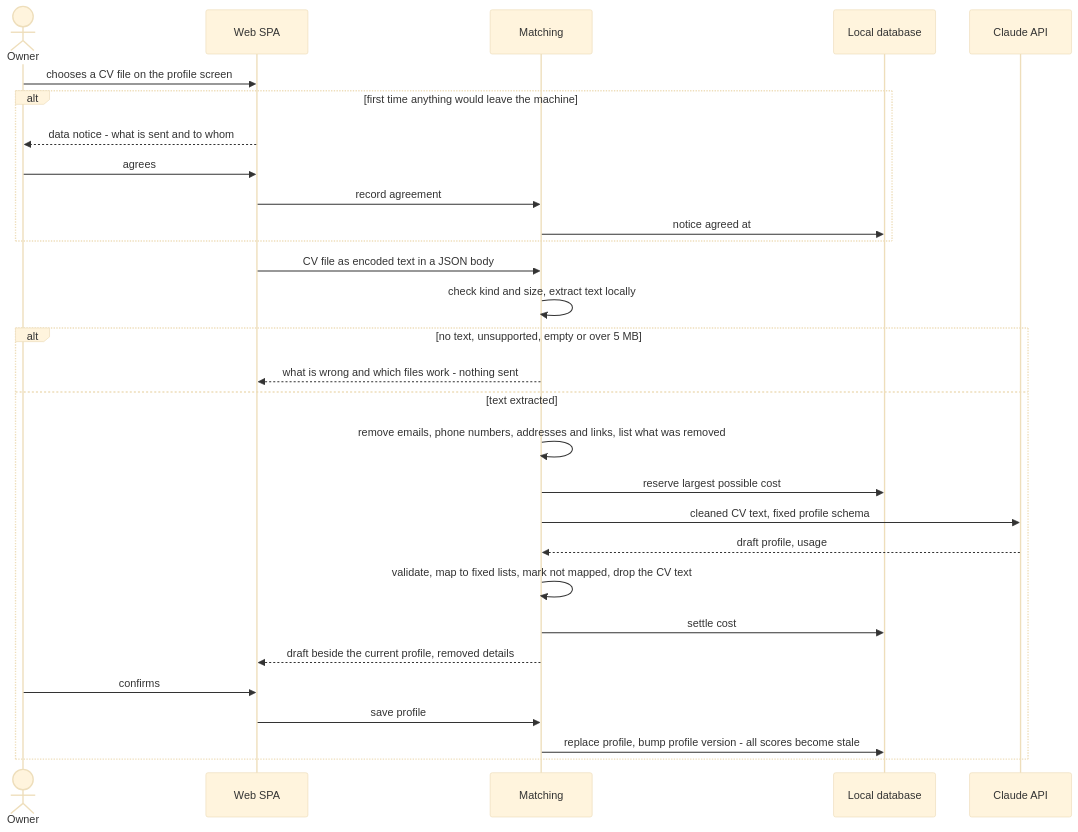
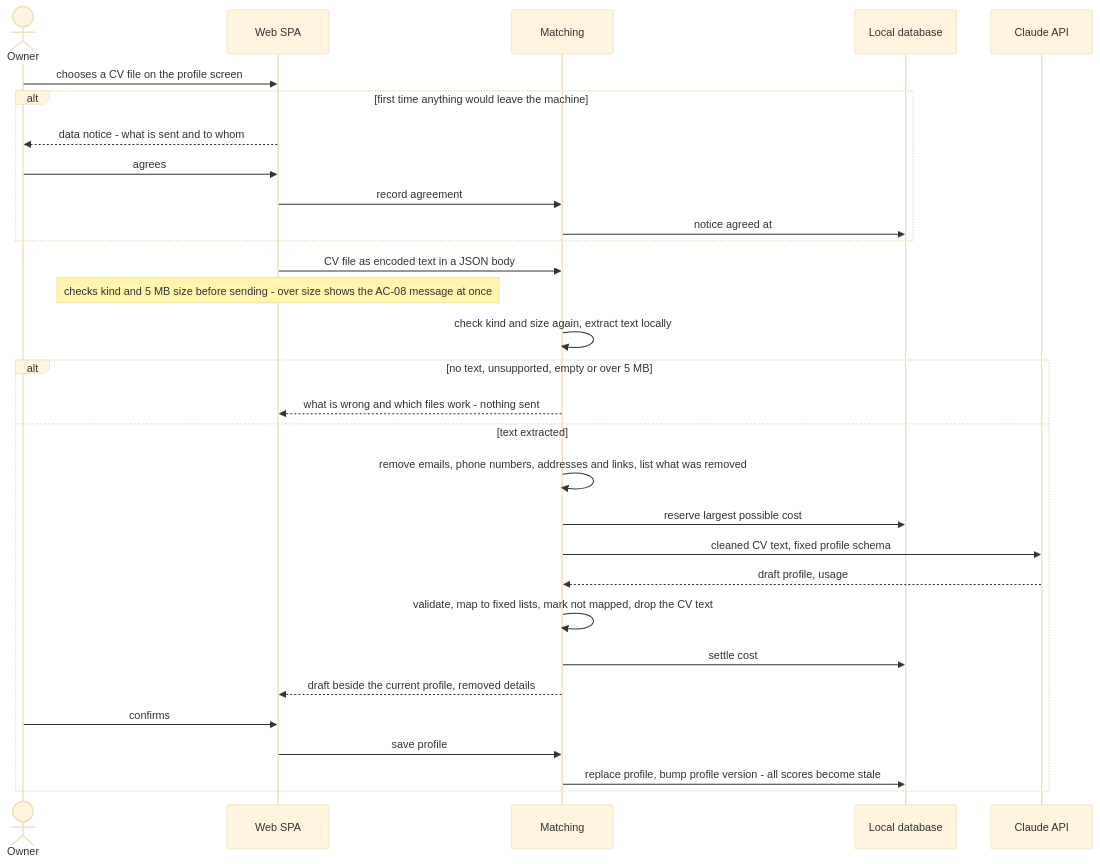
The fifth of 5 diagrams in docs/features/match-score/sad.md (DeveloperFromUkraine/job-radar), drawn with Mermaid (base theme) before and after one commit. The commit also changed other lines of this file and 2 other files, not shown here.

````diff
--- a/docs/features/match-score/sad.md
+++ b/docs/features/match-score/sad.md
@@ -228,32 +228,33 @@
 ```mermaid
 sequenceDiagram
     actor Owner
     participant Web as Web SPA
     participant Matching
     participant DB as Local database
     participant Claude as Claude API
 
     Owner->>Web: chooses a CV file on the profile screen
     alt first time anything would leave the machine
         Web-->>Owner: data notice - what is sent and to whom
         Owner->>Web: agrees
         Web->>Matching: record agreement
         Matching->>DB: notice agreed at
     end
     Web->>Matching: CV file as encoded text in a JSON body
-    Matching->>Matching: check kind and size, extract text locally
+    Note over Web: checks kind and 5 MB size before sending - over size shows the AC-08 message at once
+    Matching->>Matching: check kind and size again, extract text locally
     alt no text, unsupported, empty or over 5 MB
         Matching-->>Web: what is wrong and which files work - nothing sent
     else text extracted
         Matching->>Matching: remove emails, phone numbers, addresses and links, list what was removed
         Matching->>DB: reserve largest possible cost
         Matching->>Claude: cleaned CV text, fixed profile schema
         Claude-->>Matching: draft profile, usage
         Matching->>Matching: validate, map to fixed lists, mark not mapped, drop the CV text
         Matching->>DB: settle cost
         Matching-->>Web: draft beside the current profile, removed details
         Owner->>Web: confirms
         Web->>Matching: save profile
         Matching->>DB: replace profile, bump profile version - all scores become stale
     end
 ```
````
